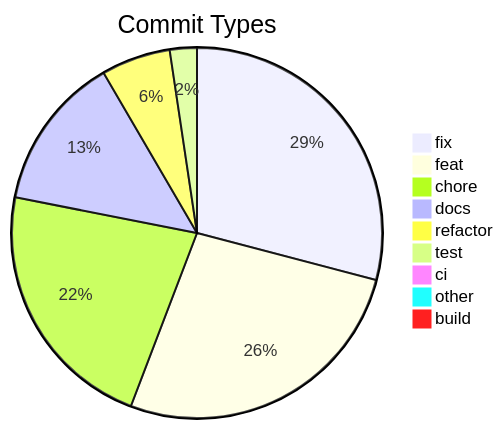
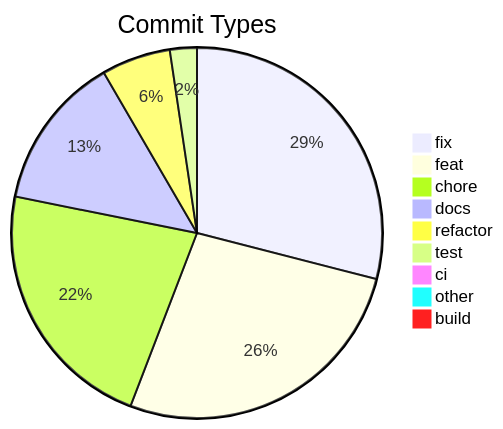
One commit to svenroth-ai/shipwright changed the diagram in .shipwright/compliance/change-history.md. Above: the diagram before and after it, drawn with Mermaid. The commit also changed other lines of this file and 27 other files, not shown here.

First line of the commit message:
feat(compliance): measure diff-coverage on the shared tier (roadmap Phase 1) (#310)

````diff
--- a/.shipwright/compliance/change-history.md
+++ b/.shipwright/compliance/change-history.md
@@ -8,12 +8,12 @@
 ```mermaid
 pie title Commit Types
     "fix" : 308
-    "feat" : 283
-    "chore" : 236
+    "feat" : 285
+    "chore" : 237
     "docs" : 143
     "refactor" : 64
     "test" : 25
     "ci" : 8
     "other" : 7
     "build" : 1
 ```
````
